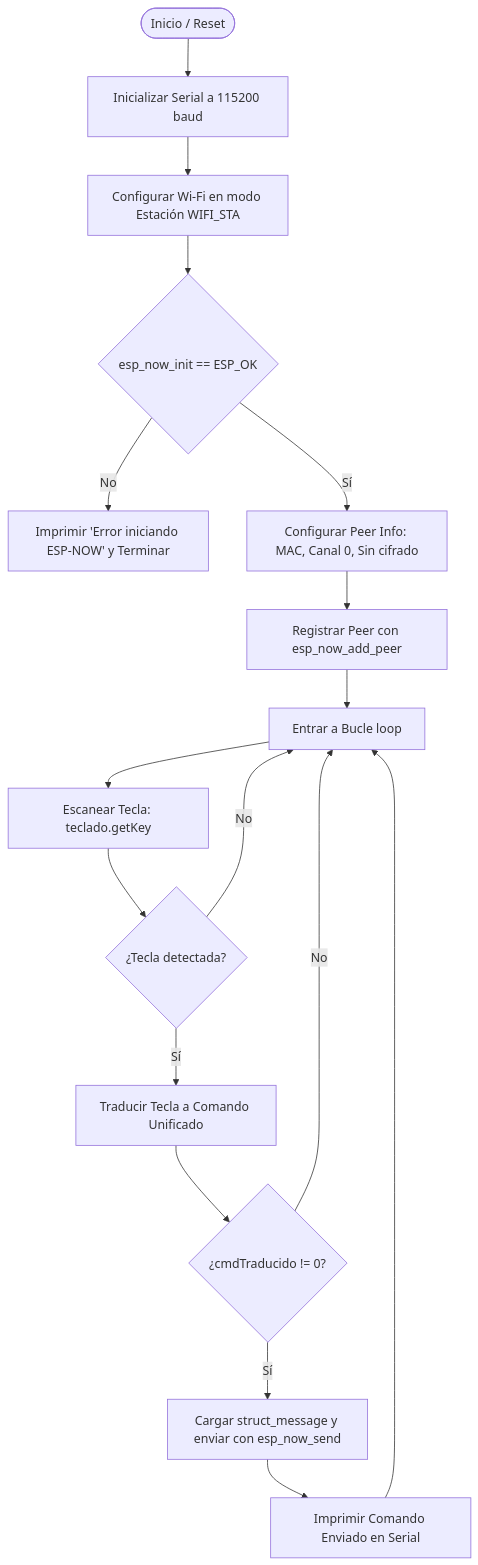
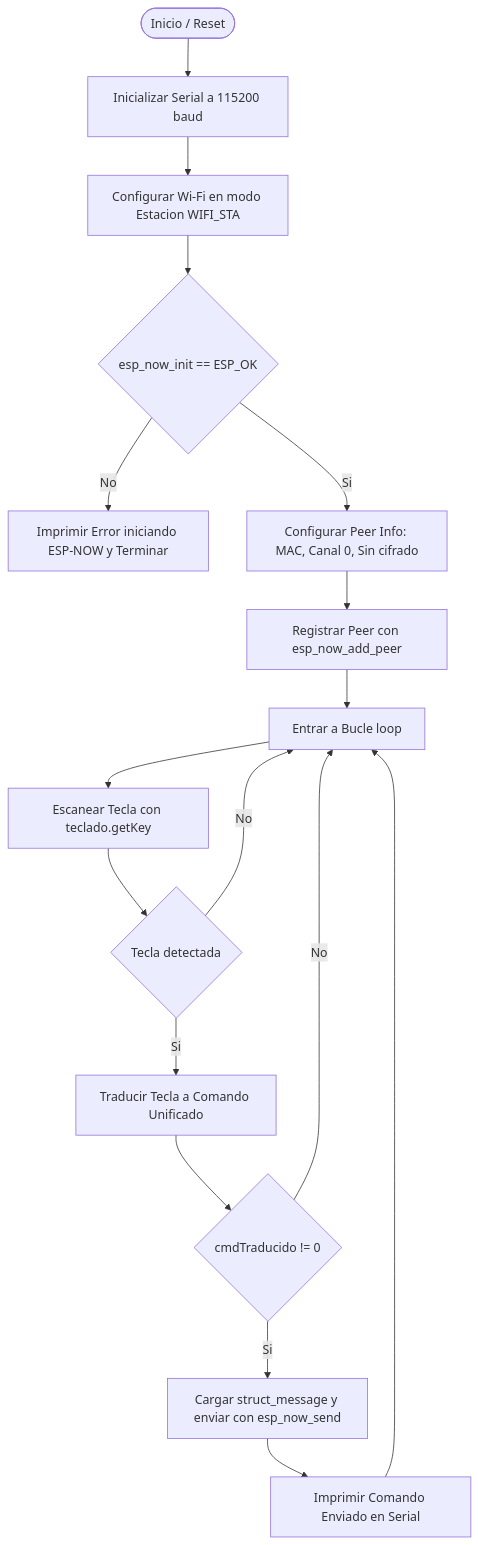
Before and after one commit to paulinopaul/robot_sumo_usando_agentes_ia: the diagram in firmware/control_remoto/README.md, drawn with Mermaid. The commit also changed 2 other files, not shown here.

Commit message:
corrections_in_readme

````diff
--- a/firmware/control_remoto/README.md
+++ b/firmware/control_remoto/README.md
@@ -9,23 +9,23 @@
 ```mermaid
 flowchart TD
     Inicio([Inicio / Reset]) --> InitSerial[Inicializar Serial a 115200 baud]
-    InitSerial --> InitWiFi[Configurar Wi-Fi en modo Estación WIFI_STA]
+    InitSerial --> InitWiFi[Configurar Wi-Fi en modo Estacion WIFI_STA]
     InitWiFi --> InitESPNow{esp_now_init == ESP_OK}
     
-    InitESPNow -- No --> ErrorNow[Imprimir 'Error iniciando ESP-NOW' y Terminar]
-    InitESPNow -- Sí --> ConfigPeer[Configurar Peer Info: MAC, Canal 0, Sin cifrado]
+    InitESPNow -- No --> ErrorNow[Imprimir Error iniciando ESP-NOW y Terminar]
+    InitESPNow -- Si --> ConfigPeer[Configurar Peer Info: MAC, Canal 0, Sin cifrado]
     ConfigPeer --> AddPeer[Registrar Peer con esp_now_add_peer]
     AddPeer --> LoopPrincipal[Entrar a Bucle loop]
     
-    LoopPrincipal --> ScanKey[Escanear Tecla: teclado.getKey]
-    ScanKey --> KeyPressed{¿Tecla detectada?}
+    LoopPrincipal --> ScanKey[Escanear Tecla con teclado.getKey]
+    ScanKey --> KeyPressed{Tecla detectada}
     
     KeyPressed -- No --> LoopPrincipal
-    KeyPressed -- Sí --> SwitchCase[Traducir Tecla a Comando Unificado]
+    KeyPressed -- Si --> SwitchCase[Traducir Tecla a Comando Unificado]
     
-    SwitchCase --> ValidCmd{¿cmdTraducido != 0?}
+    SwitchCase --> ValidCmd{cmdTraducido != 0}
     ValidCmd -- No --> LoopPrincipal
-    ValidCmd -- Sí --> SendPacket[Cargar struct_message y enviar con esp_now_send]
+    ValidCmd -- Si --> SendPacket[Cargar struct_message y enviar con esp_now_send]
     SendPacket --> LogSerial[Imprimir Comando Enviado en Serial]
     LogSerial --> LoopPrincipal
 ```
````
